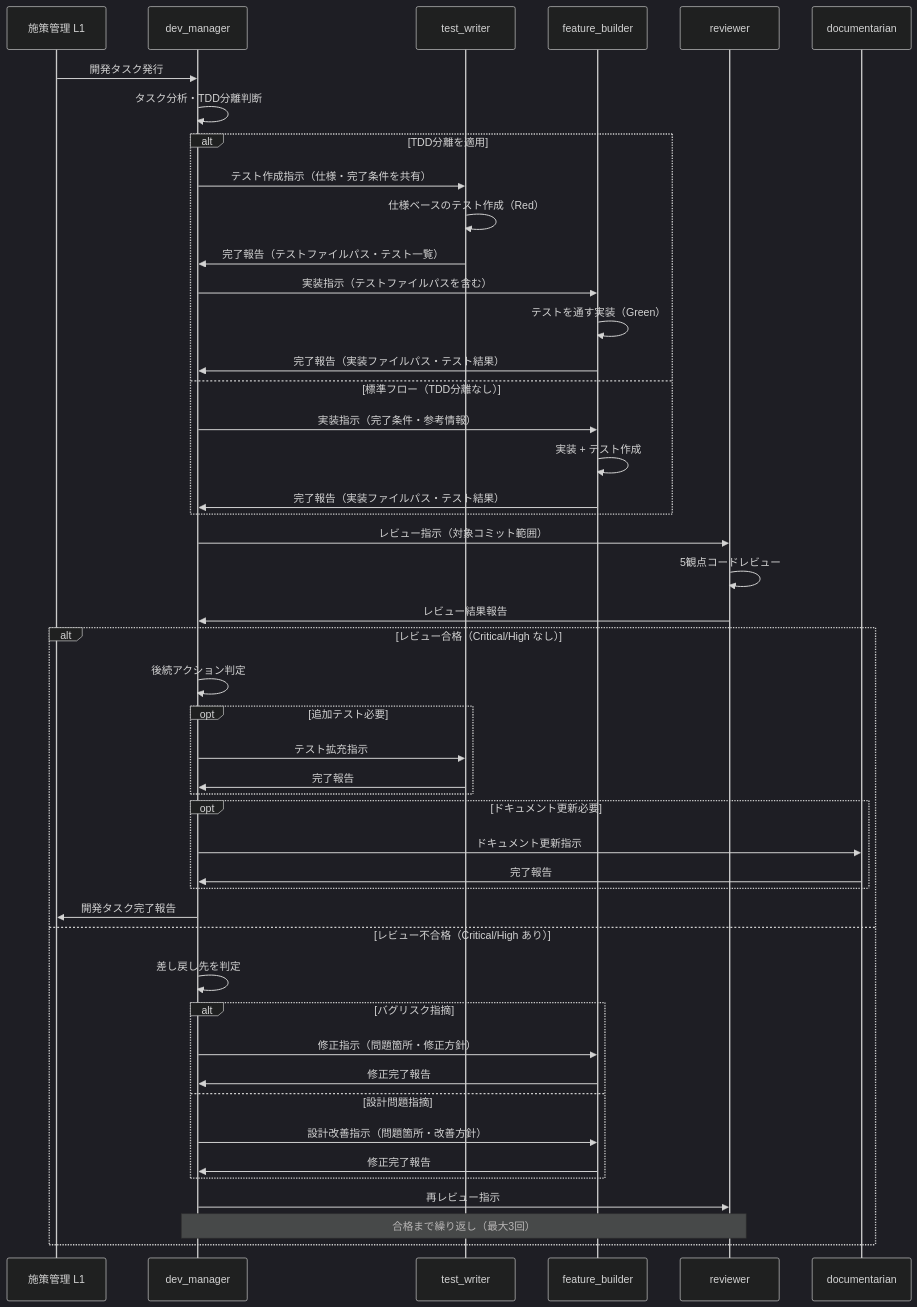
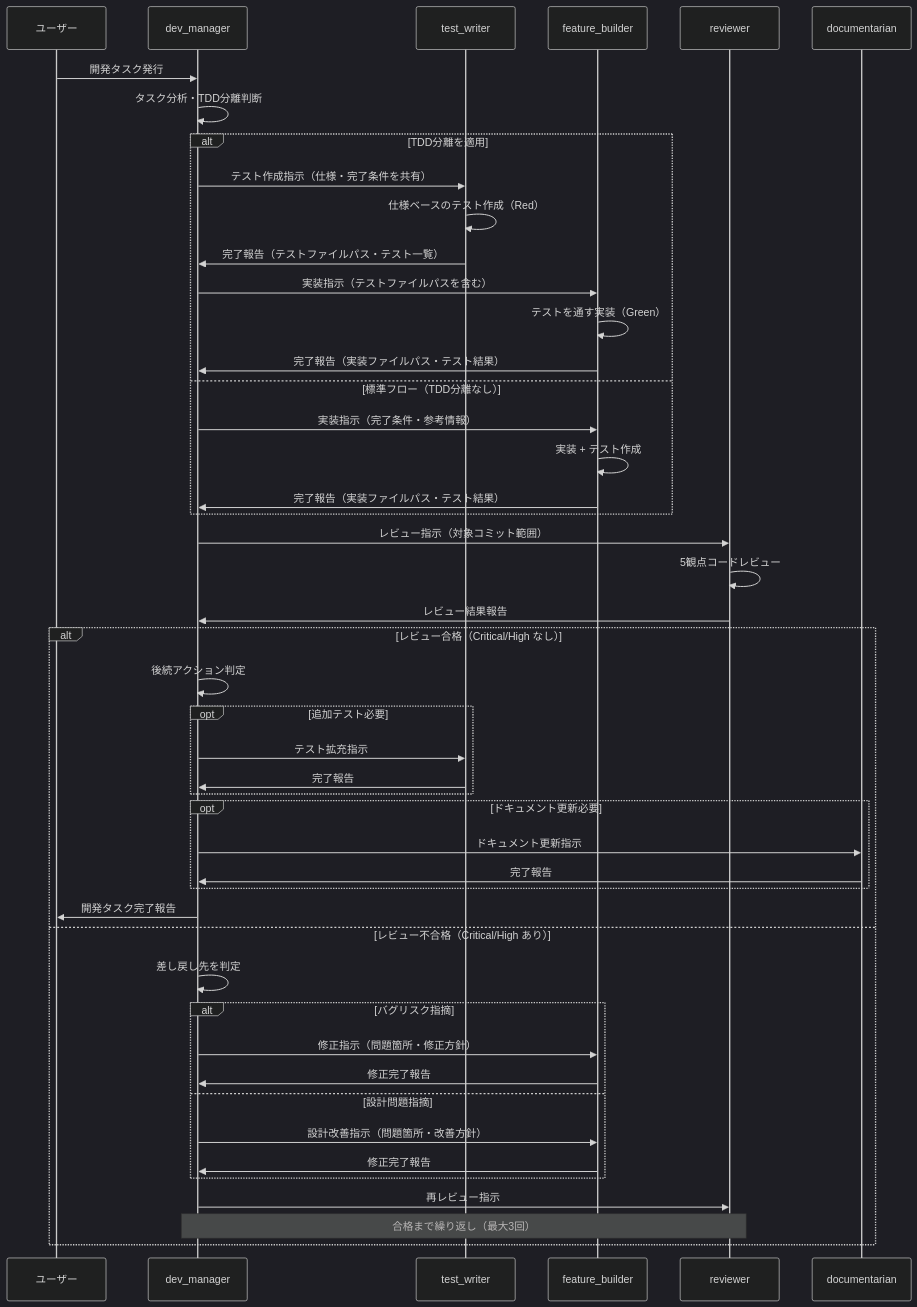
One commit to ryo12-n/ai-driven-dev-patterns changed the second of 6 diagrams in docs/design/dev-workflow-detail.md. Above: the diagram before and after it, drawn with Mermaid (dark theme). The commit also changed other lines of this file and 19 other files, not shown here.

````diff
--- a/docs/design/dev-workflow-detail.md
+++ b/docs/design/dev-workflow-detail.md
@@ -69,53 +69,53 @@
 ```mermaid
 sequenceDiagram
-    participant L1 as 施策管理 L1
+    participant User as ユーザー
     participant DM as dev_manager
     participant TW as test_writer
     participant FB as feature_builder
     participant RV as reviewer
     participant DC as documentarian
 
-    L1->>DM: 開発タスク発行
+    User->>DM: 開発タスク発行
     DM->>DM: タスク分析・TDD分離判断
 
     alt TDD分離を適用
         DM->>TW: テスト作成指示（仕様・完了条件を共有）
         TW->>TW: 仕様ベースのテスト作成（Red）
         TW->>DM: 完了報告（テストファイルパス・テスト一覧）
         DM->>FB: 実装指示（テストファイルパスを含む）
         FB->>FB: テストを通す実装（Green）
         FB->>DM: 完了報告（実装ファイルパス・テスト結果）
     else 標準フロー（TDD分離なし）
         DM->>FB: 実装指示（完了条件・参考情報）
         FB->>FB: 実装 + テスト作成
         FB->>DM: 完了報告（実装ファイルパス・テスト結果）
     end
 
     DM->>RV: レビュー指示（対象コミット範囲）
     RV->>RV: 5観点コードレビュー
     RV->>DM: レビュー結果報告
 
     alt レビュー合格（Critical/High なし）
         DM->>DM: 後続アクション判定
         opt 追加テスト必要
             DM->>TW: テスト拡充指示
             TW->>DM: 完了報告
         end
         opt ドキュメント更新必要
             DM->>DC: ドキュメント更新指示
             DC->>DM: 完了報告
         end
-        DM->>L1: 開発タスク完了報告
+        DM->>User: 開発タスク完了報告
     else レビュー不合格（Critical/High あり）
         DM->>DM: 差し戻し先を判定
         alt バグリスク指摘
             DM->>FB: 修正指示（問題箇所・修正方針）
             FB->>DM: 修正完了報告
         else 設計問題指摘
             DM->>FB: 設計改善指示（問題箇所・改善方針）
             FB->>DM: 修正完了報告
         end
         DM->>RV: 再レビュー指示
         Note over DM,RV: 合格まで繰り返し（最大3回）
     end
 ```
````
